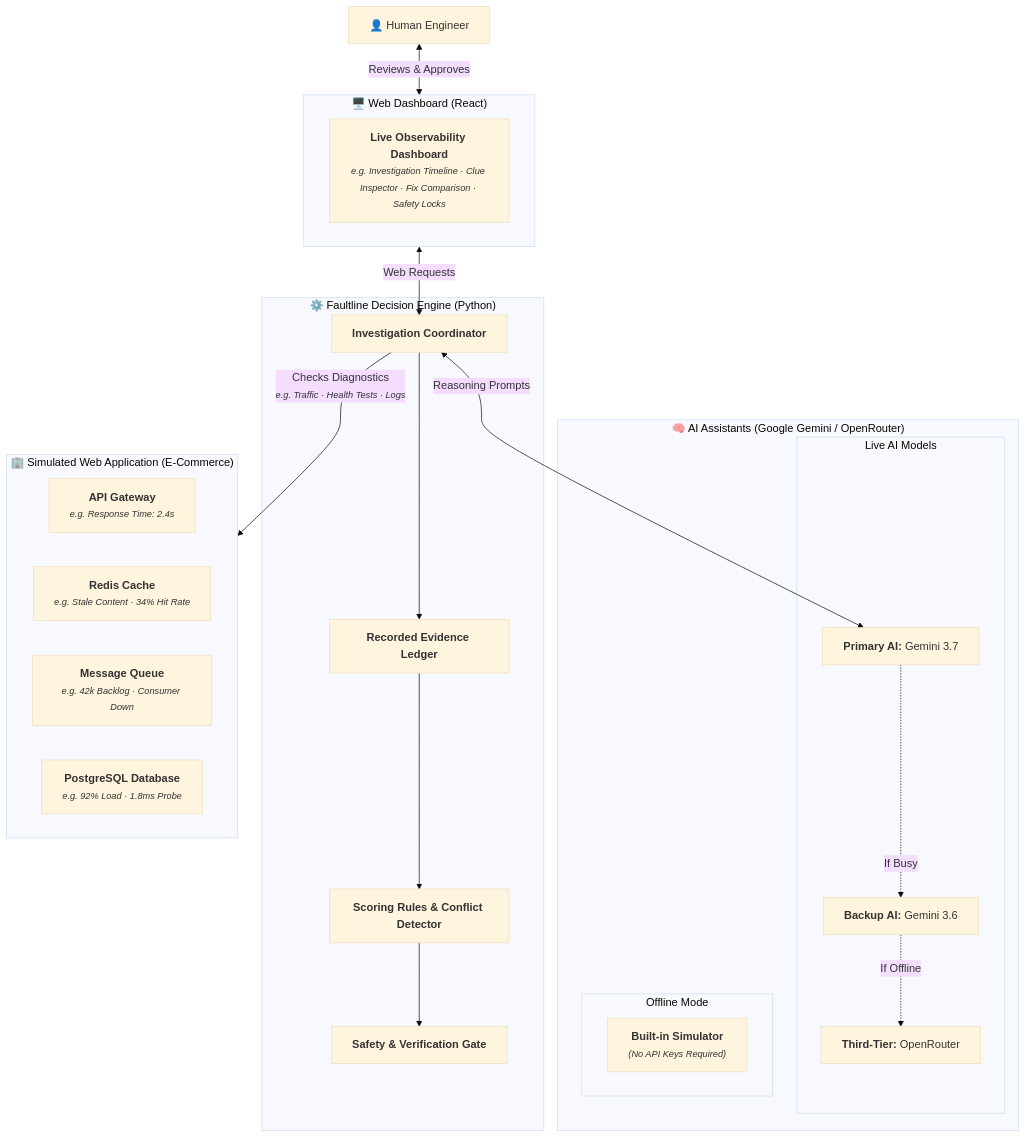
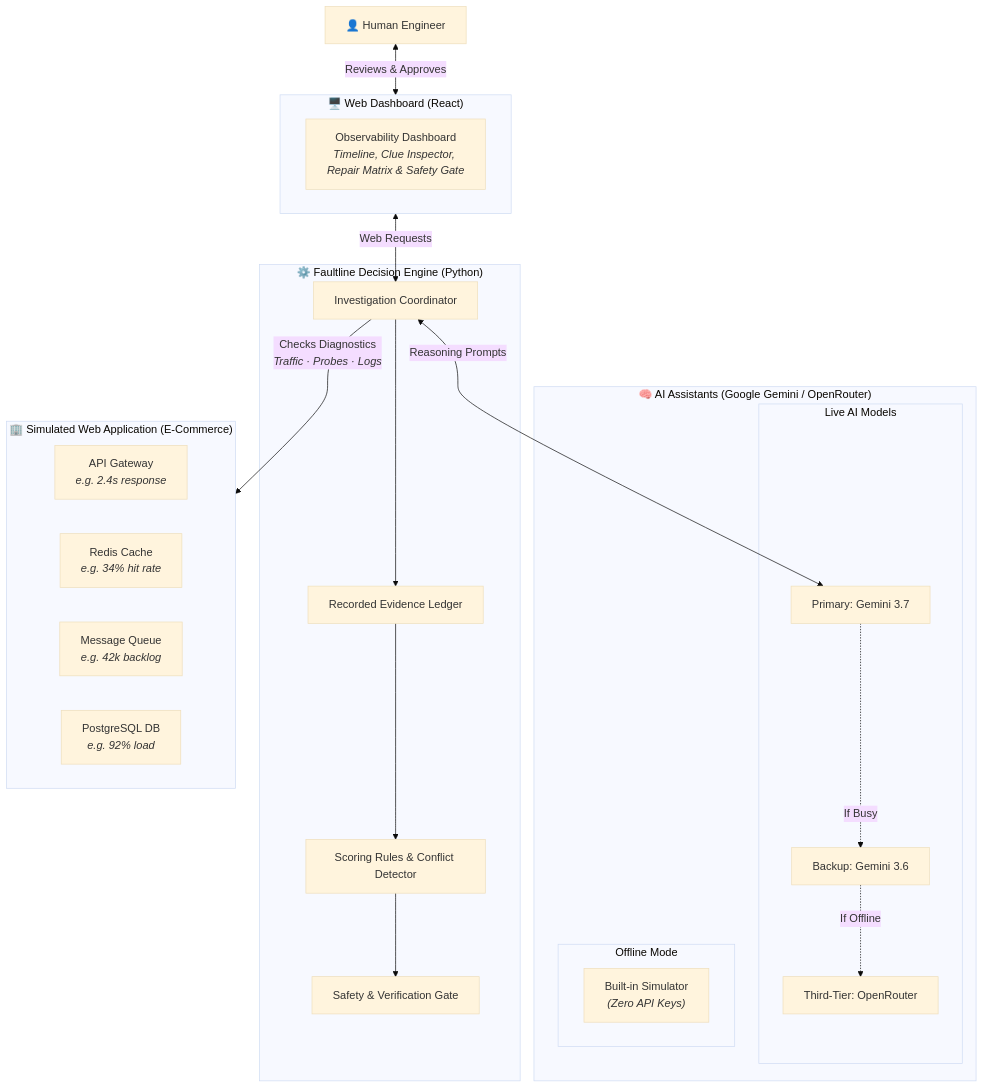
Before and after one commit to AnasBabari/LEC_AI: the first of 3 diagrams in README.md, drawn with Mermaid (base theme). The commit also changed other lines of this file, not shown here.

First line of the commit message:
docs(readme): fix Mermaid text cutoffs and refine e.g. placement

````diff
--- a/README.md
+++ b/README.md
@@ -90,38 +90,38 @@
 ```mermaid
 flowchart TB
     subgraph UI["🖥️ Web Dashboard (React)"]
-        Dash["<b>Live Observability Dashboard</b><br/><small><i>e.g. Investigation Timeline · Clue Inspector · Fix Comparison · Safety Locks</i></small>"]
+        Dash["Observability Dashboard<br/><i>Timeline, Clue Inspector, Repair Matrix & Safety Gate</i>"]
     end
 
     subgraph Backend["⚙️ Faultline Decision Engine (Python)"]
-        Orchestrator["<b>Investigation Coordinator</b>"]
-        Ledger["<b>Recorded Evidence Ledger</b>"]
-        Engine["<b>Scoring Rules & Conflict Detector</b>"]
-        Validator["<b>Safety & Verification Gate</b>"]
+        Orchestrator["Investigation Coordinator"]
+        Ledger["Recorded Evidence Ledger"]
+        Engine["Scoring Rules & Conflict Detector"]
+        Validator["Safety & Verification Gate"]
         Orchestrator --> Ledger --> Engine --> Validator
     end
 
     subgraph AI["🧠 AI Assistants (Google Gemini / OpenRouter)"]
         subgraph LiveMode["Live AI Models"]
-            Primary["<b>Primary AI:</b> Gemini 3.7"]
-            Backup["<b>Backup AI:</b> Gemini 3.6"]
-            Tertiary["<b>Third-Tier:</b> OpenRouter"]
+            Primary["Primary: Gemini 3.7"]
+            Backup["Backup: Gemini 3.6"]
+            Tertiary["Third-Tier: OpenRouter"]
             Primary -. If Busy .-> Backup -. If Offline .-> Tertiary
         end
         subgraph OfflineMode["Offline Mode"]
-            Offline["<b>Built-in Simulator</b><br/><small><i>(No API Keys Required)</i></small>"]
+            Offline["Built-in Simulator<br/><i>(Zero API Keys)</i>"]
         end
     end
 
     subgraph Target["🏢 Simulated Web Application (E-Commerce)"]
-        GW["<b>API Gateway</b><br/><small><i>e.g. Response Time: 2.4s</i></small>"]
-        Cache["<b>Redis Cache</b><br/><small><i>e.g. Stale Content · 34% Hit Rate</i></small>"]
-        MQ["<b>Message Queue</b><br/><small><i>e.g. 42k Backlog · Consumer Down</i></small>"]
-        DB["<b>PostgreSQL Database</b><br/><small><i>e.g. 92% Load · 1.8ms Probe</i></small>"]
+        GW["API Gateway<br/><i>e.g. 2.4s response</i>"]
+        Cache["Redis Cache<br/><i>e.g. 34% hit rate</i>"]
+        MQ["Message Queue<br/><i>e.g. 42k backlog</i>"]
+        DB["PostgreSQL DB<br/><i>e.g. 92% load</i>"]
     end
 
     User["👤 Human Engineer"] <-->|Reviews & Approves| UI
     UI <-->|Web Requests| Orchestrator
     Orchestrator <-->|Reasoning Prompts| Primary
-    Orchestrator -->|Checks Diagnostics<br/><small><i>e.g. Traffic · Health Tests · Logs</i></small>| Target
+    Orchestrator -->|Checks Diagnostics<br/><i>Traffic · Probes · Logs</i>| Target
 ```
````
